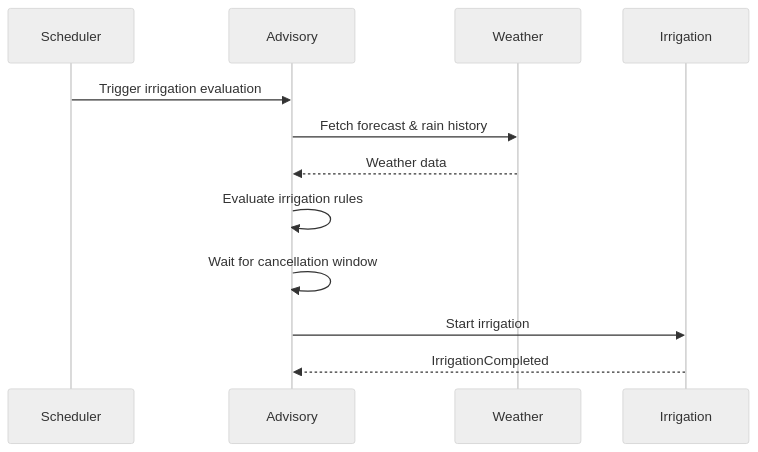
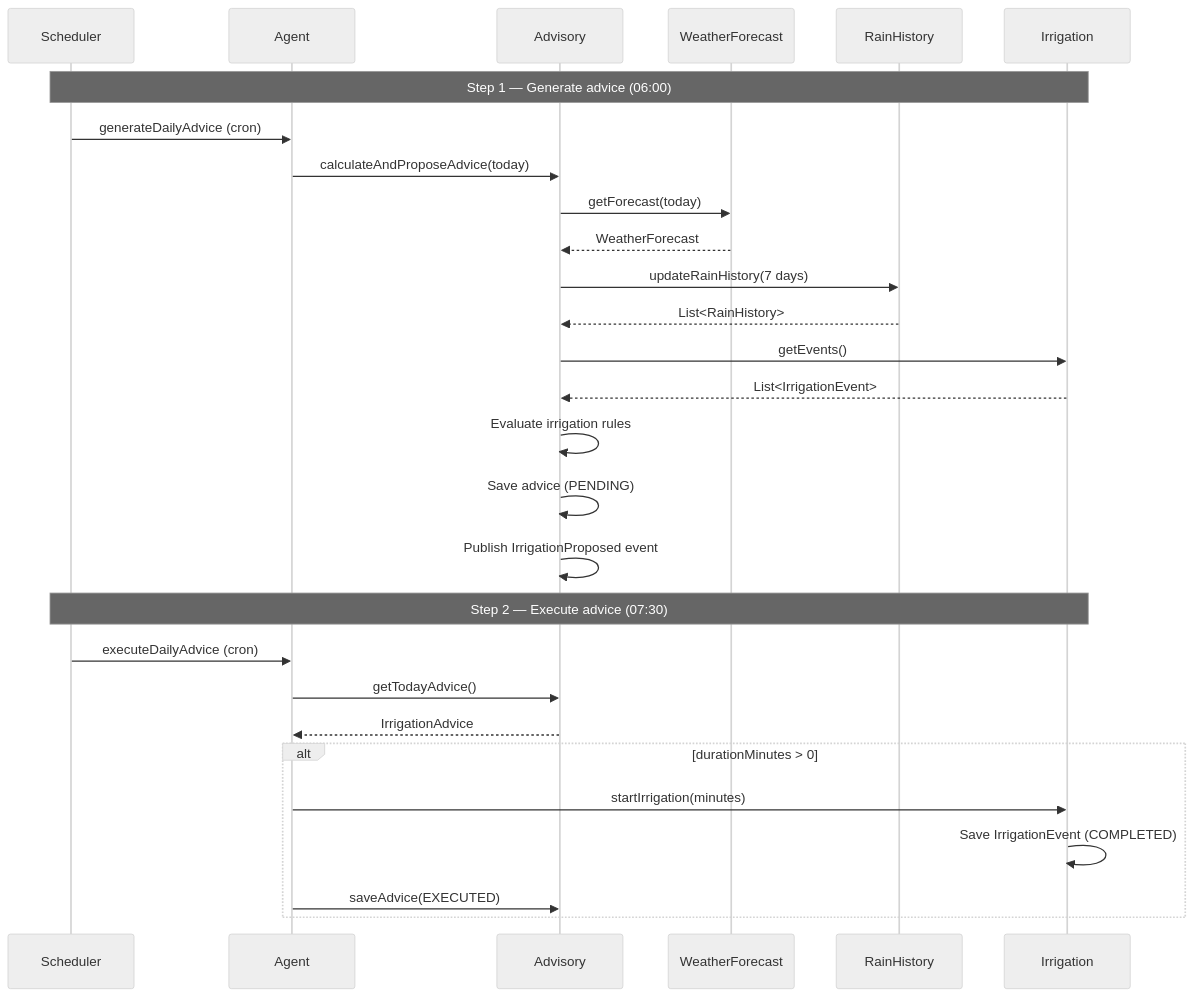
One commit to robbertvdzon/irrigationagent changed the diagram in docs/architecture/flows.mmd. Above: the diagram before and after it, drawn with Mermaid (neutral theme). The commit also changed 3 other files, not shown here.

```diff
--- a/docs/architecture/flows.mmd
+++ b/docs/architecture/flows.mmd
@@ -1,16 +1,30 @@
 sequenceDiagram
     participant Scheduler
+    participant Agent
     participant Advisory
-    participant Weather
+    participant WeatherForecast
+    participant RainHistory
     participant Irrigation
 
-    Scheduler->>Advisory: Trigger irrigation evaluation
-    Advisory->>Weather: Fetch forecast & rain history
-    Weather-->>Advisory: Weather data
+    Note over Scheduler,Irrigation: Step 1 — Generate advice (06:00)
+    Scheduler->>Agent: generateDailyAdvice (cron)
+    Agent->>Advisory: calculateAndProposeAdvice(today)
+    Advisory->>WeatherForecast: getForecast(today)
+    WeatherForecast-->>Advisory: WeatherForecast
+    Advisory->>RainHistory: updateRainHistory(7 days)
+    RainHistory-->>Advisory: List<RainHistory>
+    Advisory->>Irrigation: getEvents()
+    Irrigation-->>Advisory: List<IrrigationEvent>
+    Advisory->>Advisory: Evaluate irrigation rules
+    Advisory->>Advisory: Save advice (PENDING)
+    Advisory->>Advisory: Publish IrrigationProposed event
 
-    Advisory->>Advisory: Evaluate irrigation rules
-
-    Advisory->>Advisory: Wait for cancellation window
-
-    Advisory->>Irrigation: Start irrigation
-    Irrigation-->>Advisory: IrrigationCompleted
+    Note over Scheduler,Irrigation: Step 2 — Execute advice (07:30)
+    Scheduler->>Agent: executeDailyAdvice (cron)
+    Agent->>Advisory: getTodayAdvice()
+    Advisory-->>Agent: IrrigationAdvice
+    alt durationMinutes > 0
+        Agent->>Irrigation: startIrrigation(minutes)
+        Irrigation->>Irrigation: Save IrrigationEvent (COMPLETED)
+        Agent->>Advisory: saveAdvice(EXECUTED)
+    end
```
